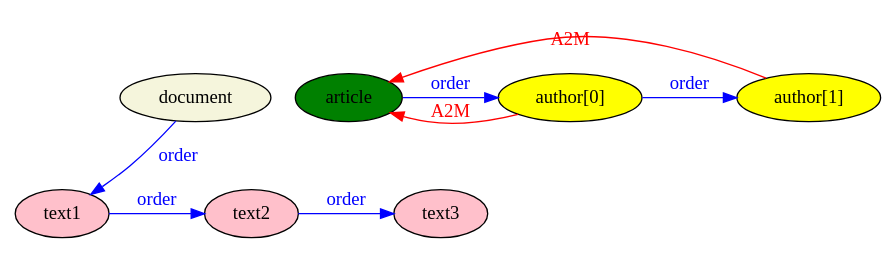
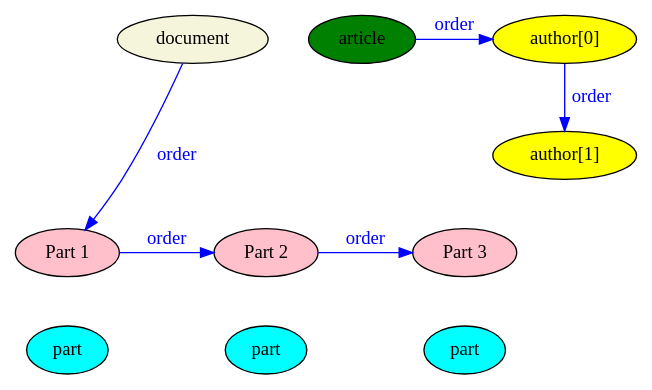
Before and after one commit to djbpitt/balisage_2017: the diagram in Balisage-1-3-xsl/edge_types.dot, drawn with Graphviz. The commit also changed 2 other files, not shown here.

```diff
--- a/Balisage-1-3-xsl/edge_types.dot
+++ b/Balisage-1-3-xsl/edge_types.dot
@@ -1,14 +1,19 @@
 /*
 [sonneteer [id}ozymandias{id]}[meta [author}Percy Bysshe Shelley{author] [title}Ozymandias{title]]
 [sonnet} ... {sonnet]{sonneteer]
 */
 digraph G {
-	{rank=same document article author1[style=filled, fillcolor=yellow, label="author[0]"] author2[style=filled, fillcolor=yellow, label="author[1]"]}
+	{rank=same document article author1[style=filled, fillcolor=yellow, label="author[0]"] }
+	{ node [style=filled, fillcolor=yellow]; author2[label="author[1]"]}
 	document[style=filled, fillcolor=beige]
-	document -> { rank=same text1[style=filled, fillcolor=pink] text2[style=filled, fillcolor=pink] text3[style=filled, fillcolor=pink]} [style=invis]
+	document -> { rank=same text1[style=filled, fillcolor=pink, label="Part 1"] text2[style=filled, fillcolor=pink, label="Part 2"] text3[style=filled, fillcolor=pink, label="Part 3"]} [style=invis]
 	{ edge [minlen=2, label=order, fontcolor=blue, color=blue]; text1 -> text2 -> text3}
-	{ edge [color=blue, fontcolor=blue, label=order]; document -> text1 } 
+	{ edge [color=blue, fontcolor=blue, label=order, minlen=2]; document -> text1 }
+	{ edge [color=blue, fontcolor=blue, label=order] article -> author1} 
+	{ edge [label=order, color=blue, fontcolor=blue] author1 -> author2 }
+	{ node [rank=same, style=filled fillcolor=cyan] part1[label=part] part2[label=part] part3[label=part]}
+	text1 -> part1 [style=invis]
+	text2 -> part2 [style=invis]
+	text3 -> part3 [style=invis]
 	article[style=filled, fillcolor=green]
-	{ edge [dir=back, minlen=2, label=A2M, color=red, fontcolor=red]; article -> author1; article -> author2; }
-	{ edge [minlen=2, label=order, color=blue, fontcolor=blue] article -> author1 -> author2; }
 }
```
